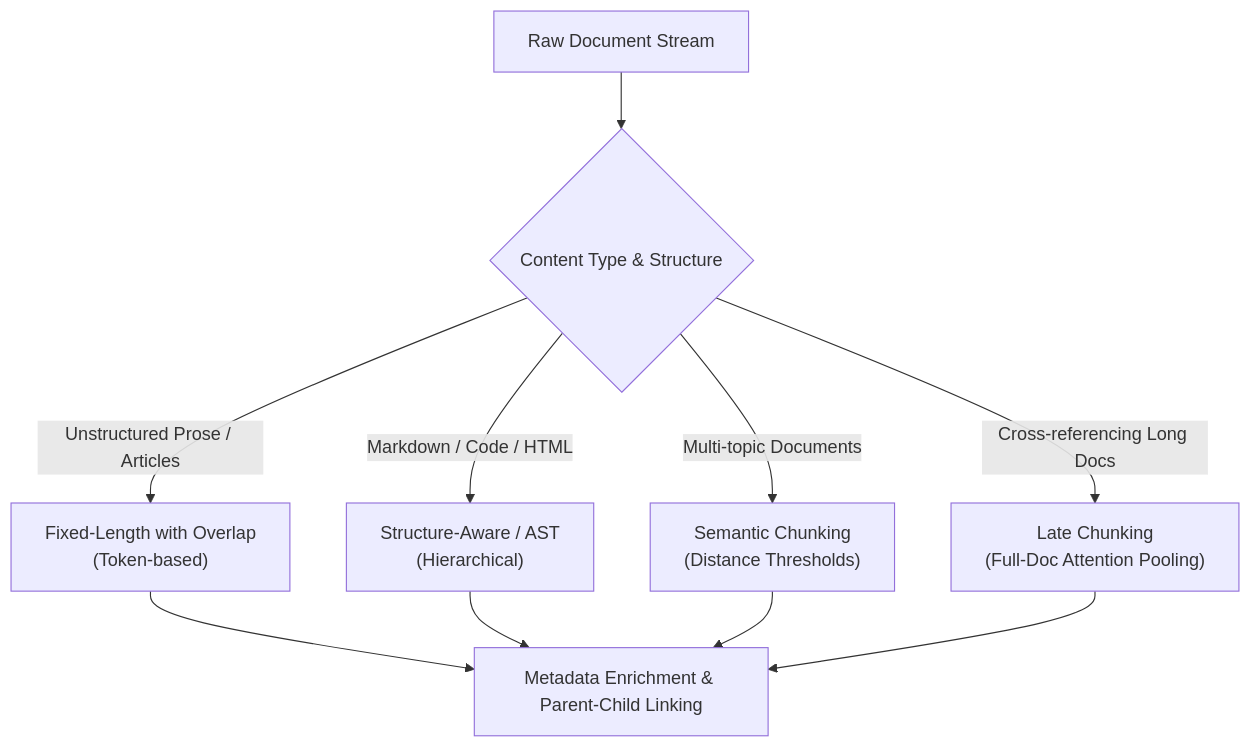
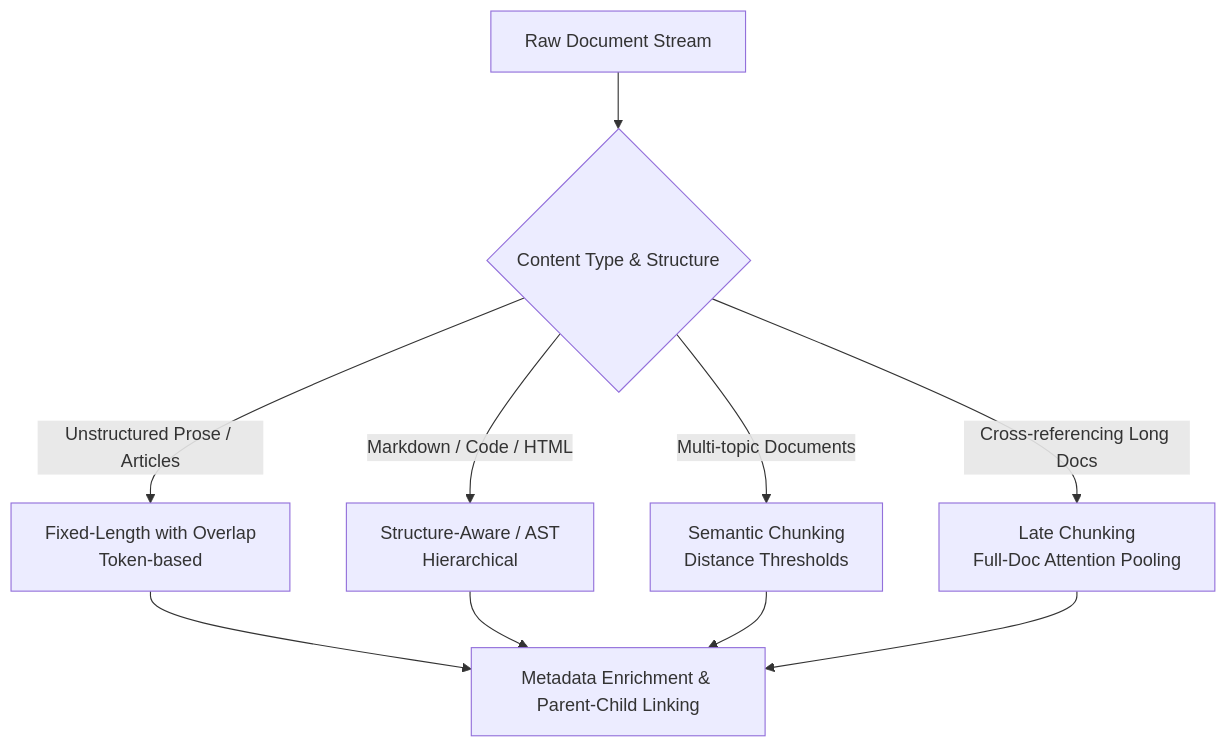
One commit to divyansh070/ml_notes changed the first of 2 diagrams in rag-guide/01-ingestion.md. Above: the diagram before and after it, drawn with Mermaid. The commit also changed other lines of this file and 4 other files, not shown here.

Commit message:
fix(rag-guide): create _facts.md, update 01/02/appendix, fix LaTeX rendering and Mermaid figures for GitHub

````diff
--- a/rag-guide/01-ingestion.md
+++ b/rag-guide/01-ingestion.md
@@ -14,13 +6,13 @@
 ```mermaid
 flowchart TD
     RAW["Raw Document Stream"] --> DECISION{"Content Type & Structure"}
-    DECISION -->|"Unstructured Prose / Articles"| FIXED["Fixed-Length with Overlap<br>(Token-based)"]
-    DECISION -->|"Markdown / Code / HTML"| STRUCT["Structure-Aware / AST<br>(Hierarchical)"]
-    DECISION -->|"Multi-topic Documents"| SEMANTIC["Semantic Chunking<br>(Distance Thresholds)"]
-    DECISION -->|"Cross-referencing Long Docs"| LATE["Late Chunking<br>(Full-Doc Attention Pooling)"]
+    DECISION -->|"Unstructured Prose / Articles"| FIXED["Fixed-Length with Overlap<br/>Token-based"]
+    DECISION -->|"Markdown / Code / HTML"| STRUCT["Structure-Aware / AST<br/>Hierarchical"]
+    DECISION -->|"Multi-topic Documents"| SEMANTIC["Semantic Chunking<br/>Distance Thresholds"]
+    DECISION -->|"Cross-referencing Long Docs"| LATE["Late Chunking<br/>Full-Doc Attention Pooling"]
 
     FIXED --> ENRICH["Metadata Enrichment & Parent-Child Linking"]
     STRUCT --> ENRICH
     SEMANTIC --> ENRICH
     LATE --> ENRICH
 ```
````
